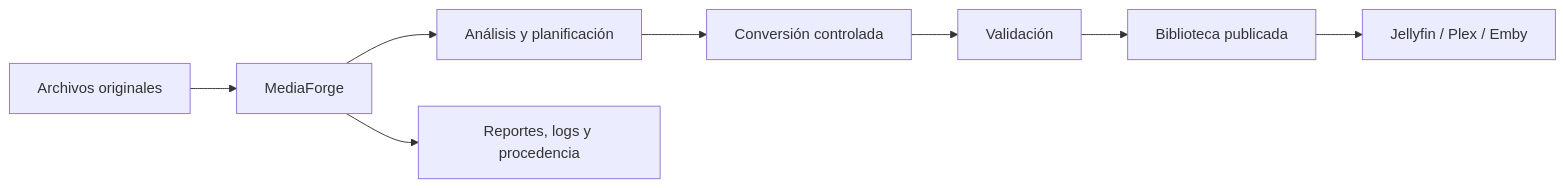
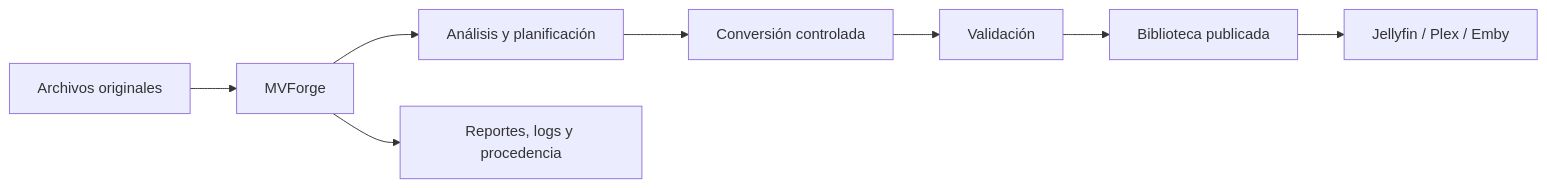
Before and after one commit to xxmenioxx/mediaforge: the first of 2 diagrams in README.md, drawn with Mermaid. The commit also changed other lines of this file and 115 other files, not shown here.

Commit message:
feat: rename MediaForge to MVForge

````diff
--- a/README.md
+++ b/README.md
@@ -7,10 +7,10 @@
 ```mermaid
 flowchart LR
-    RAW[Archivos originales] --> MF[MediaForge]
-    MF --> ANALYSIS[Análisis y planificación]
+    RAW[Archivos originales] --> MVF[MVForge]
+    MVF --> ANALYSIS[Análisis y planificación]
     ANALYSIS --> CONVERT[Conversión controlada]
     CONVERT --> VALIDATE[Validación]
     VALIDATE --> LIBRARY[Biblioteca publicada]
     LIBRARY --> SERVER["Jellyfin / Plex / Emby"]
-    MF --> REPORTS[Reportes, logs y procedencia]
+    MVF --> REPORTS[Reportes, logs y procedencia]
 ```
````
